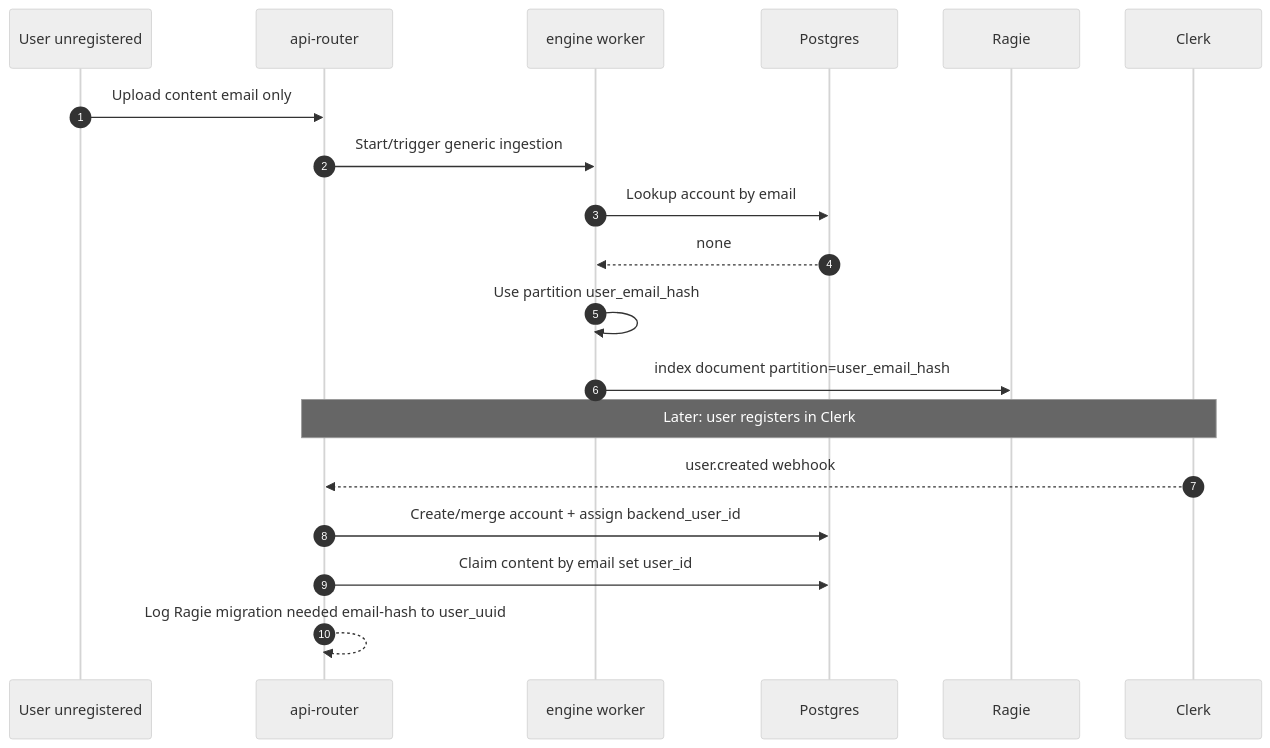
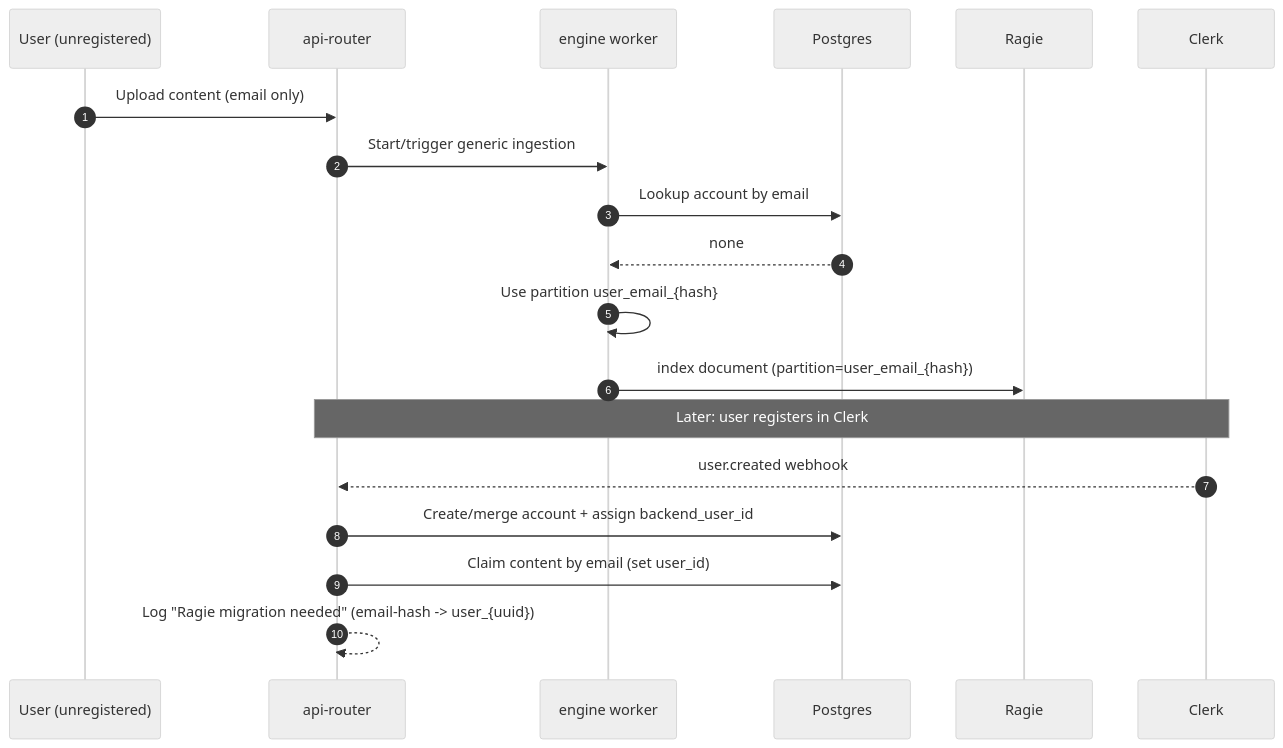
Diagram 22 of 23 in docs/engineering/architecture/how-dormway-works.mdx (DormWay/mintlify-docs), drawn with Mermaid (neutral theme) before and after one commit. The commit also changed other lines of this file and 26 other files, not shown here.

````diff
--- a/docs/engineering/architecture/how-dormway-works.mdx
+++ b/docs/engineering/architecture/how-dormway-works.mdx
@@ -1324,23 +1324,23 @@
 ```mermaid
 sequenceDiagram
   autonumber
-  participant U as User unregistered
+  participant U as User (unregistered)
   participant API as api-router
   participant Engine as engine worker
   participant DB as Postgres
   participant Ragie as Ragie
   participant Clerk as Clerk
 
-  U->>API: Upload content email only
+  U->>API: Upload content (email only)
   API->>Engine: Start/trigger generic ingestion
   Engine->>DB: Lookup account by email
   DB-->>Engine: none
-  Engine->>Engine: Use partition user_email_hash
-  Engine->>Ragie: index document partition=user_email_hash
+  Engine->>Engine: Use partition user_email_{hash}
+  Engine->>Ragie: index document (partition=user_email_{hash})
 
   Note over Clerk,API: Later: user registers in Clerk
   Clerk-->>API: user.created webhook
   API->>DB: Create/merge account + assign backend_user_id
-  API->>DB: Claim content by email set user_id
-  API-->>API: Log Ragie migration needed email-hash to user_uuid
+  API->>DB: Claim content by email (set user_id)
+  API-->>API: Log "Ragie migration needed" (email-hash -> user_{uuid})
 ```
````
